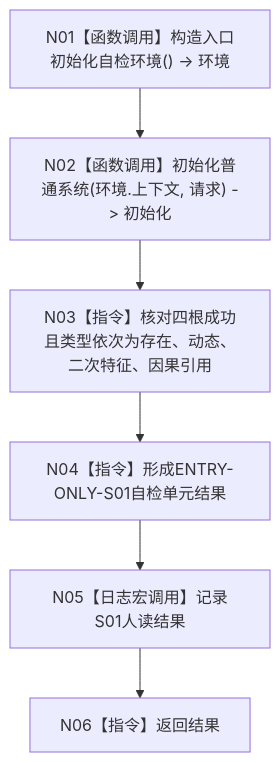
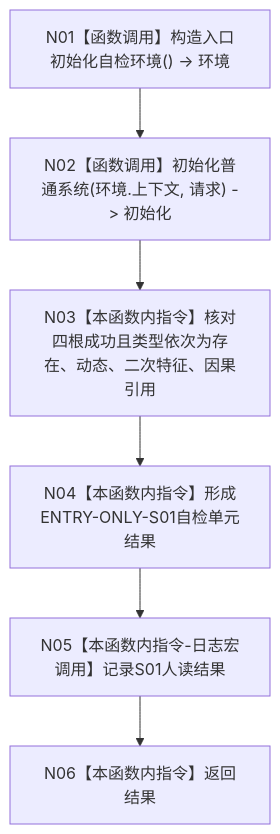
One commit to chunhaizh-cyber/HY-Ego changed the diagram in 流程图/20260726_ENTRY-ONLY_S01_概念图四根创建_施工流程图_v0.1.md. Above: the diagram before and after it, drawn with Mermaid. The commit also changed other lines of this file and 88 other files, not shown here.

````diff
--- a/流程图/20260726_ENTRY-ONLY_S01_概念图四根创建_施工流程图_v0.1.md
+++ b/流程图/20260726_ENTRY-ONLY_S01_概念图四根创建_施工流程图_v0.1.md
@@ -7,8 +27,8 @@
 ```mermaid
 flowchart TD
     N01["N01【函数调用】构造入口初始化自检环境() -> 环境"] --> N02["N02【函数调用】初始化普通系统(环境.上下文, 请求) -> 初始化"]
-    N02 --> N03["N03【指令】核对四根成功且类型依次为存在、动态、二次特征、因果引用"]
-    N03 --> N04["N04【指令】形成ENTRY-ONLY-S01自检单元结果"]
-    N04 --> N05["N05【日志宏调用】记录S01人读结果"]
-    N05 --> N06["N06【指令】返回结果"]
+    N02 --> N03["N03【本函数内指令】核对四根成功且类型依次为存在、动态、二次特征、因果引用"]
+    N03 --> N04["N04【本函数内指令】形成ENTRY-ONLY-S01自检单元结果"]
+    N04 --> N05["N05【本函数内指令-日志宏调用】记录S01人读结果"]
+    N05 --> N06["N06【本函数内指令】返回结果"]
 ```
````
